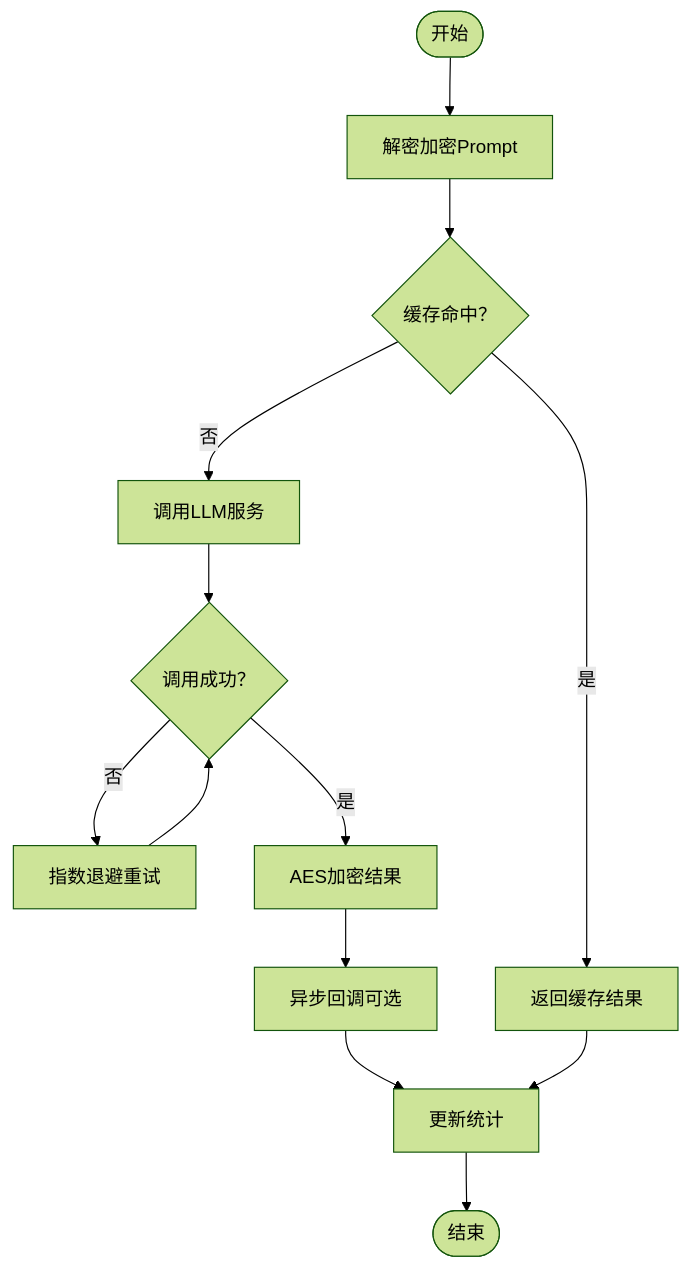
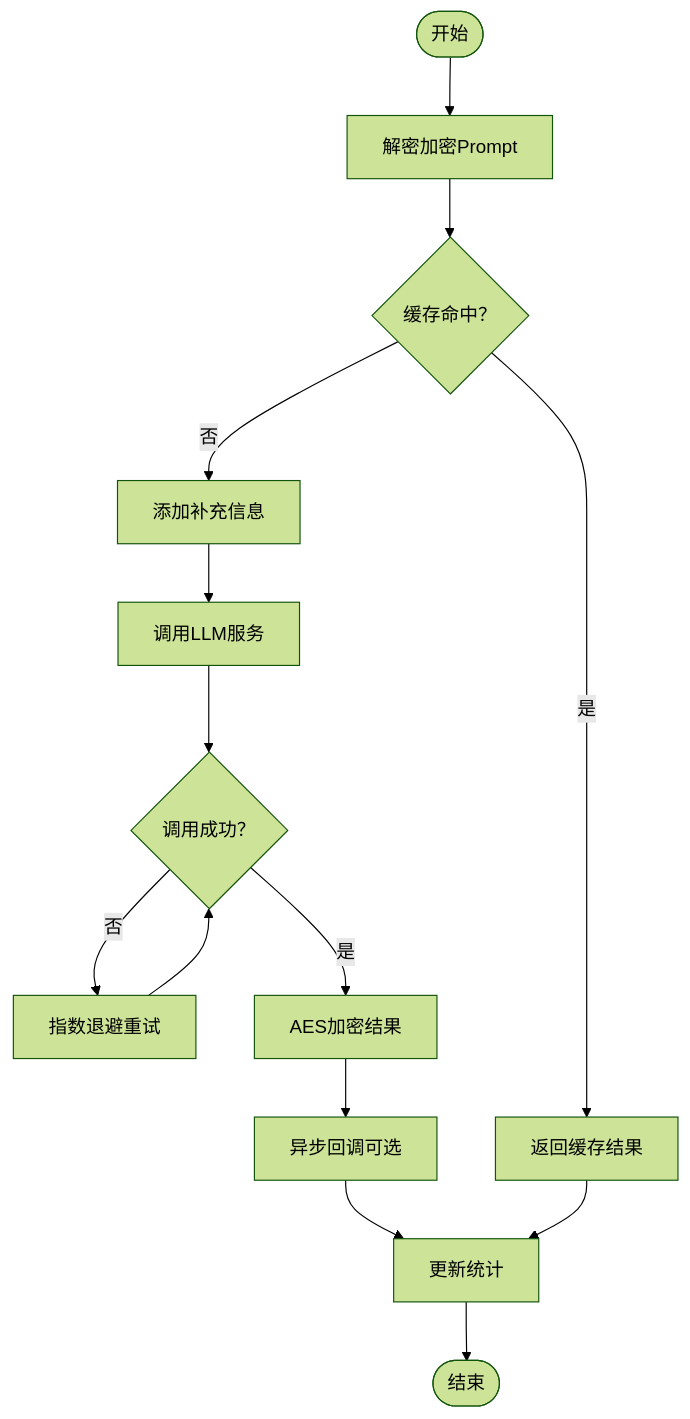
The seventh of 8 diagrams in .qoder/repowiki/zh/content/核心功能模块/AI诊断辅助系统.md (liuzh2008/med_ai_assistant_workspace), drawn with Mermaid (forest theme) before and after one commit. The commit also changed other lines of this file and 2 other files, not shown here.

````diff
--- a/.qoder/repowiki/zh/content/核心功能模块/AI诊断辅助系统.md
+++ b/.qoder/repowiki/zh/content/核心功能模块/AI诊断辅助系统.md
@@ -265,15 +338,16 @@
 ```mermaid
 flowchart TD
 Start(["开始"]) --> Decrypt["解密加密Prompt"]
 Decrypt --> CacheCheck{"缓存命中？"}
 CacheCheck --> |是| ReturnCache["返回缓存结果"]
-CacheCheck --> |否| CallLLM["调用LLM服务"]
+CacheCheck --> |否| AddContext["添加补充信息"]
+AddContext --> CallLLM["调用LLM服务"]
 CallLLM --> Retry{"调用成功？"}
 Retry --> |否| ExponentialBackoff["指数退避重试"]
 ExponentialBackoff --> Retry
 Retry --> |是| Encrypt["AES加密结果"]
 Encrypt --> Callback["异步回调可选"]
 Callback --> Stats["更新统计"]
 ReturnCache --> Stats
 Stats --> End(["结束"])
 ```
````
